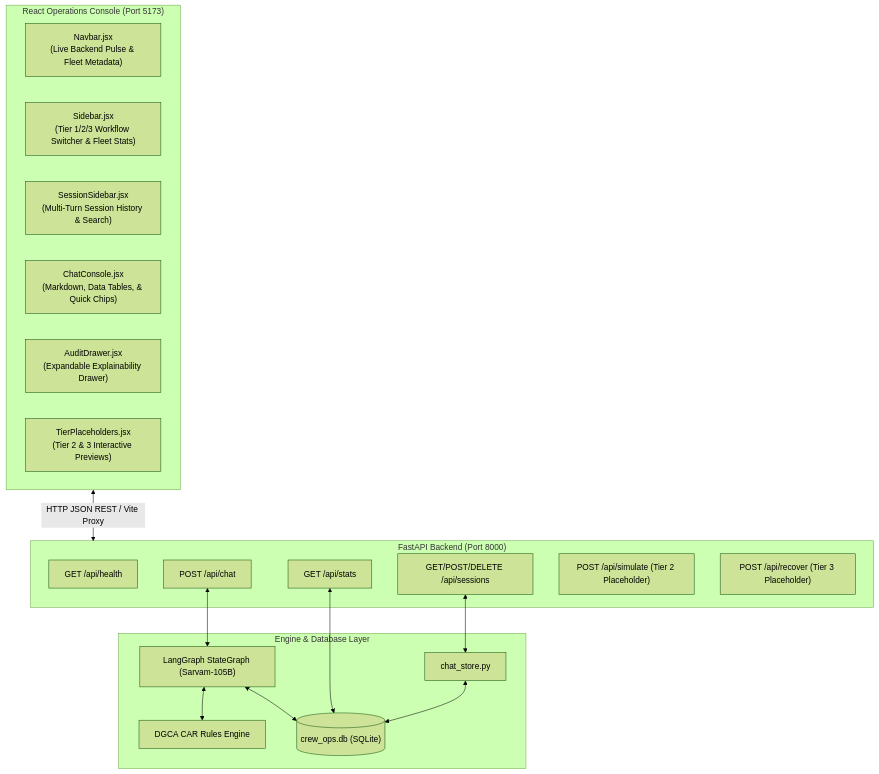
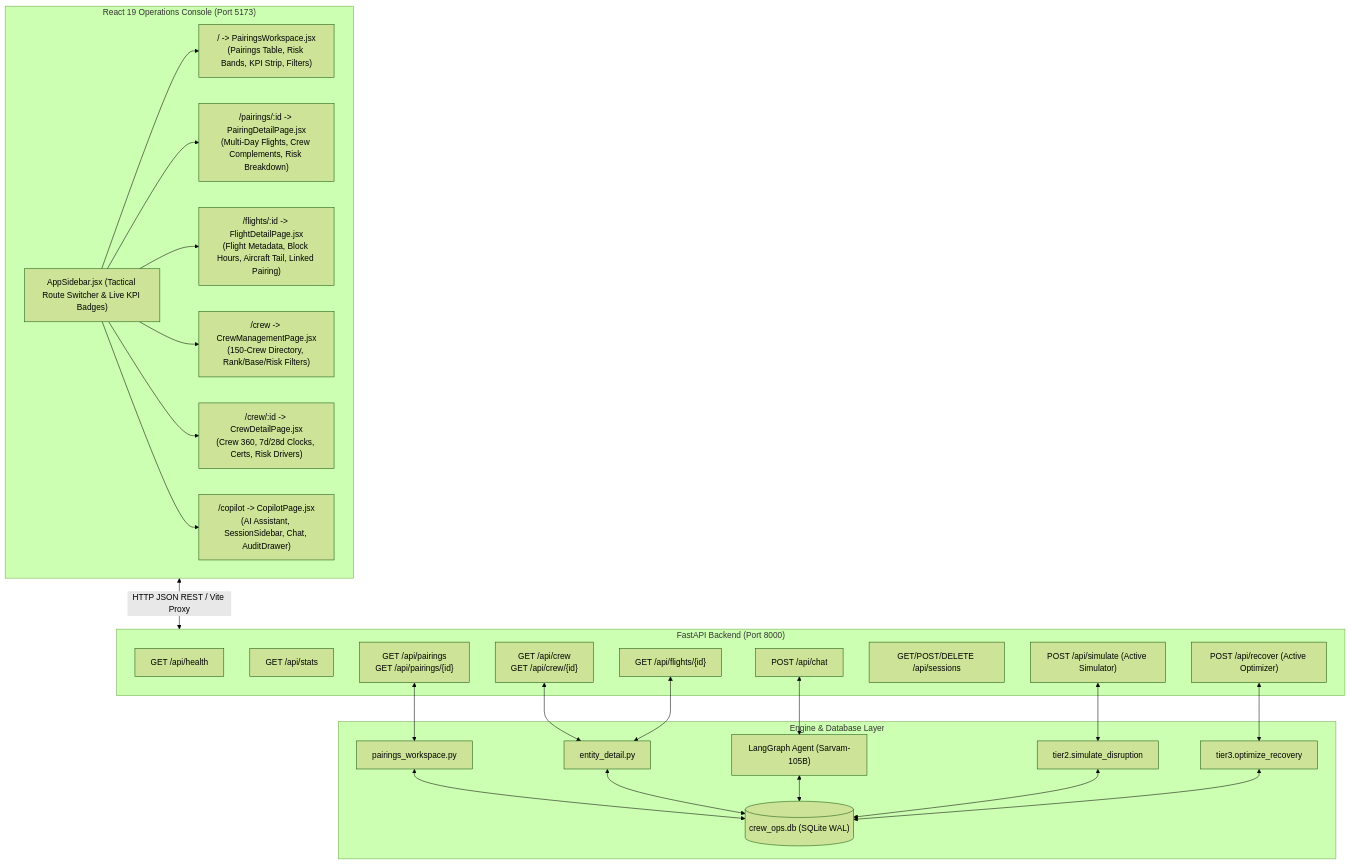
One commit to Aayush4396/bessemer-dcortex-crew-ops changed the diagram in docs/FULLSTACK_APP.md. Above: the diagram before and after it, drawn with Mermaid (forest theme). The commit also changed other lines of this file and 9 other files, not shown here.

````diff
--- a/docs/FULLSTACK_APP.md
+++ b/docs/FULLSTACK_APP.md
@@ -11,34 +11,43 @@
 ```mermaid
 flowchart TD
-    subgraph Browser ["React Operations Console (Port 5173)"]
-        UI_Nav["Navbar.jsx\n(Live Backend Pulse & Fleet Metadata)"]
-        UI_Sidebar["Sidebar.jsx\n(Tier 1/2/3 Workflow Switcher & Fleet Stats)"]
-        UI_Sessions["SessionSidebar.jsx\n(Multi-Turn Session History & Search)"]
-        UI_Chat["ChatConsole.jsx\n(Markdown, Data Tables, & Quick Chips)"]
-        UI_Audit["AuditDrawer.jsx\n(Expandable Explainability Drawer)"]
-        UI_Placeholders["TierPlaceholders.jsx\n(Tier 2 & 3 Interactive Previews)"]
+    subgraph Browser ["React 19 Operations Console (Port 5173)"]
+        Nav["AppSidebar.jsx (Tactical Route Switcher & Live KPI Badges)"]
+        
+        P1["/ -> PairingsWorkspace.jsx\n(Pairings Table, Risk Bands, KPI Strip, Filters)"]
+        P2["/pairings/:id -> PairingDetailPage.jsx\n(Multi-Day Flights, Crew Complements, Risk Breakdown)"]
+        P3["/flights/:id -> FlightDetailPage.jsx\n(Flight Metadata, Block Hours, Aircraft Tail, Linked Pairing)"]
+        P4["/crew -> CrewManagementPage.jsx\n(150-Crew Directory, Rank/Base/Risk Filters)"]
+        P5["/crew/:id -> CrewDetailPage.jsx\n(Crew 360, 7d/28d Clocks, Certs, Risk Drivers)"]
+        P6["/copilot -> CopilotPage.jsx\n(AI Assistant, SessionSidebar, Chat, AuditDrawer)"]
+
+        Nav --> P1 & P2 & P3 & P4 & P5 & P6
     end
 
     subgraph API ["FastAPI Backend (Port 8000)"]
         H_Health["GET /api/health"]
         H_Stats["GET /api/stats"]
+        H_Pairings["GET /api/pairings\nGET /api/pairings/{id}"]
+        H_Crew["GET /api/crew\nGET /api/crew/{id}"]
+        H_Flights["GET /api/flights/{id}"]
         H_Chat["POST /api/chat"]
         H_Sessions["GET/POST/DELETE /api/sessions"]
-        H_Sim["POST /api/simulate (Tier 2 Placeholder)"]
-        H_Rec["POST /api/recover (Tier 3 Placeholder)"]
+        H_Sim["POST /api/simulate (Active Simulator)"]
+        H_Rec["POST /api/recover (Active Optimizer)"]
     end
 
     subgraph Core ["Engine & Database Layer"]
-        Agent["LangGraph StateGraph (Sarvam-105B)"]
-        Rules["DGCA CAR Rules Engine"]
-        Store["chat_store.py"]
-        DB[("crew_ops.db (SQLite)")]
+        PWS["pairings_workspace.py"]
+        EDS["entity_detail.py"]
+        Agent["LangGraph Agent (Sarvam-105B)"]
+        Sim["tier2.simulate_disruption"]
+        Opt["tier3.optimize_recovery"]
+        DB[("crew_ops.db (SQLite WAL)")]
     end
 
     Browser <-->|HTTP JSON REST / Vite Proxy| API
-    H_Chat <--> Agent
-    H_Sessions <--> Store <--> DB
-    H_Stats <--> DB
-    Agent <--> Rules
-    Agent <--> DB
+    H_Pairings <--> PWS <--> DB
+    H_Crew & H_Flights <--> EDS <--> DB
+    H_Chat <--> Agent <--> DB
+    H_Sim <--> Sim <--> DB
+    H_Rec <--> Opt <--> DB
 ```
````
